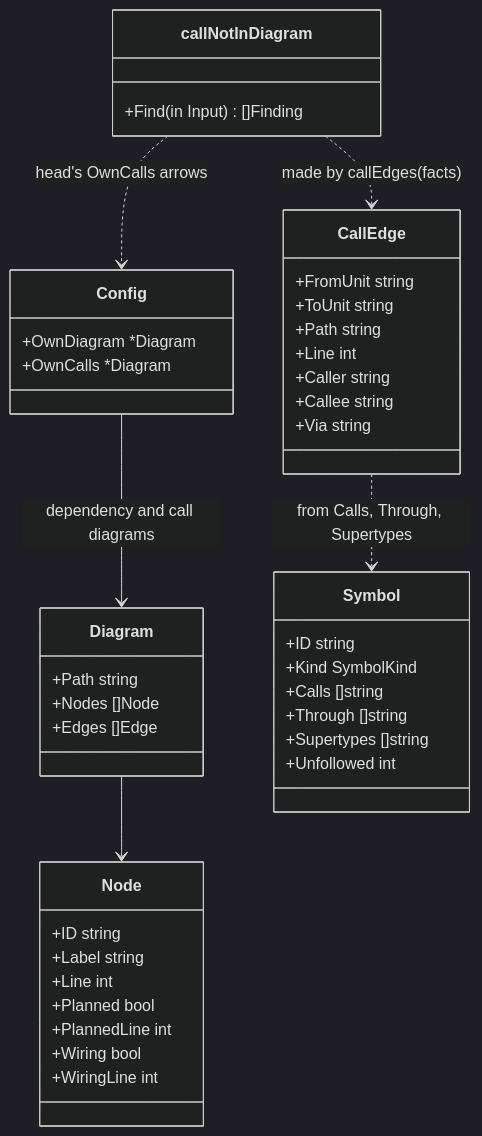
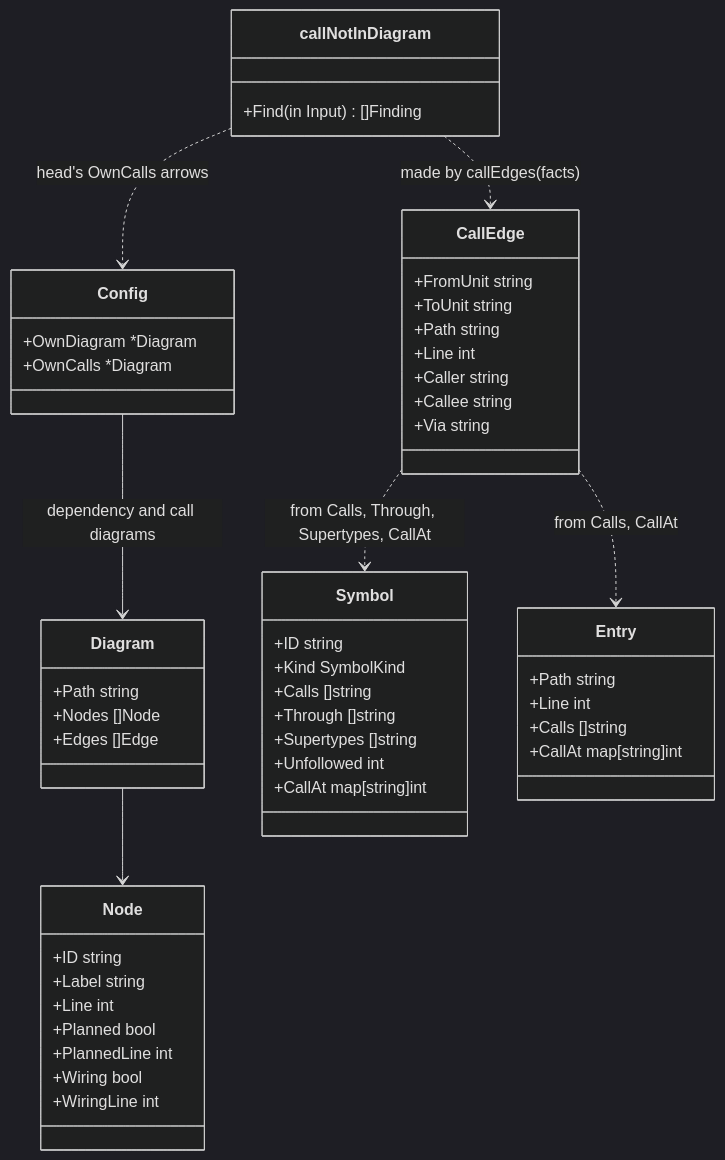
One commit to rerorets/hadome changed the diagram in docs/design/rules-deps.md. Above: the diagram before and after it, drawn with Mermaid (dark theme). The commit also changed other lines of this file and 3 other files, not shown here.

Commit message:
The design says the call diagram reports a call at its own line, kept in CallAt

````diff
--- a/docs/design/rules-deps.md
+++ b/docs/design/rules-deps.md
@@ -136,46 +136,54 @@
 ```mermaid
 classDiagram
   class Config {
     +OwnDiagram *Diagram
     +OwnCalls *Diagram
   }
   class Diagram {
     +Path string
     +Nodes []Node
     +Edges []Edge
   }
   class Node {
     +ID string
     +Label string
     +Line int
     +Planned bool
     +PlannedLine int
     +Wiring bool
     +WiringLine int
   }
   class Symbol {
     +ID string
     +Kind SymbolKind
     +Calls []string
     +Through []string
     +Supertypes []string
     +Unfollowed int
+    +CallAt map[string]int
+  }
+  class Entry {
+    +Path string
+    +Line int
+    +Calls []string
+    +CallAt map[string]int
   }
   class CallEdge {
     +FromUnit string
     +ToUnit string
     +Path string
     +Line int
     +Caller string
     +Callee string
     +Via string
   }
   class callNotInDiagram {
     +Find(in Input) []Finding
   }
   Config --> Diagram : dependency and call diagrams
   Diagram --> Node
   callNotInDiagram ..> CallEdge : made by callEdges(facts)
-  CallEdge ..> Symbol : from Calls, Through, Supertypes
+  CallEdge ..> Symbol : from Calls, Through, Supertypes, CallAt
+  CallEdge ..> Entry : from Calls, CallAt
   callNotInDiagram ..> Config : head's OwnCalls arrows
 ```
````
